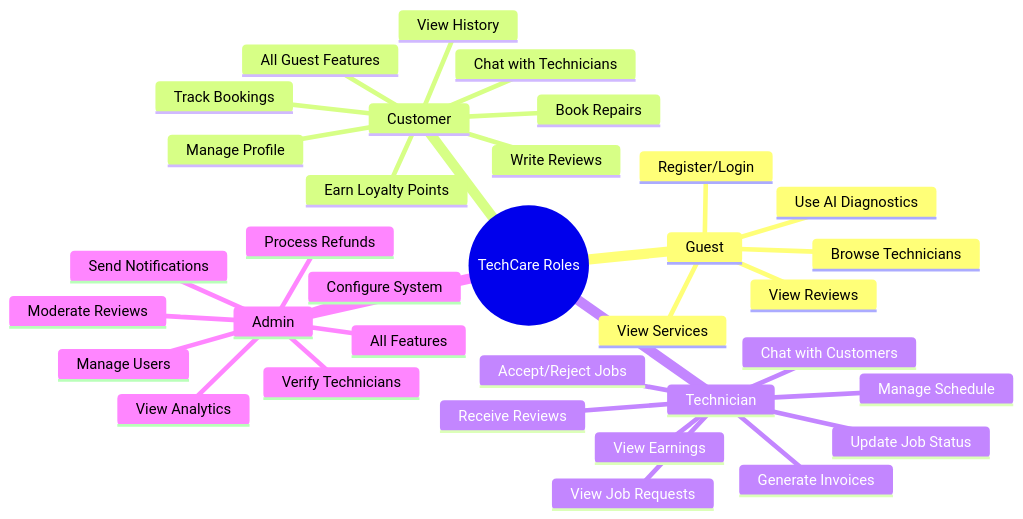
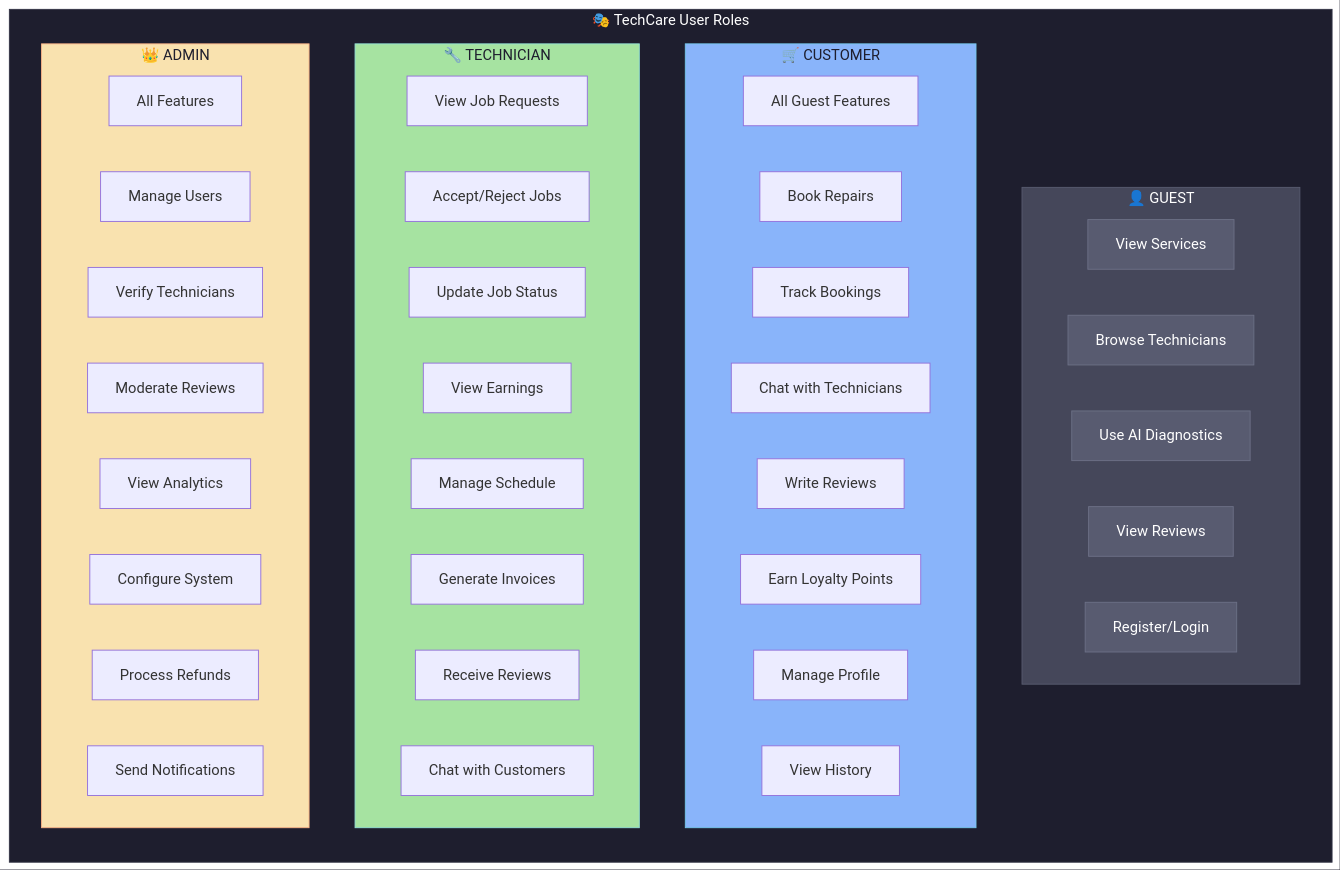
One commit to Irchika774/Tech-Care_official changed the seventh of 11 diagrams in README.md. Above: the diagram before and after it, drawn with Mermaid. The commit also changed other lines of this file, not shown here.

Commit message:
docs: Improve Role-Based Access diagram, fix URLs, enhance footer with author credit and CTA

````diff
--- a/README.md
+++ b/README.md
@@ -378,37 +378,58 @@
 ```mermaid
-mindmap
-  root((TechCare Roles))
-    Guest
-      View Services
-      Browse Technicians
-      Use AI Diagnostics
-      View Reviews
-      Register/Login
-    Customer
-      All Guest Features
-      Book Repairs
-      Track Bookings
-      Chat with Technicians
-      Write Reviews
-      Earn Loyalty Points
-      Manage Profile
-      View History
-    Technician
-      View Job Requests
-      Accept/Reject Jobs
-      Update Job Status
-      View Earnings
-      Manage Schedule
-      Generate Invoices
-      Receive Reviews
-      Chat with Customers
-    Admin
-      All Features
-      Manage Users
-      Verify Technicians
-      Moderate Reviews
-      View Analytics
-      Configure System
-      Process Refunds
-      Send Notifications
+flowchart TB
+    subgraph Roles["🎭 TechCare User Roles"]
+        direction TB
+        
+        subgraph GuestRole["👤 GUEST"]
+            G1["View Services"]
+            G2["Browse Technicians"]
+            G3["Use AI Diagnostics"]
+            G4["View Reviews"]
+            G5["Register/Login"]
+        end
+        
+        subgraph CustomerRole["🛒 CUSTOMER"]
+            C1["All Guest Features"]
+            C2["Book Repairs"]
+            C3["Track Bookings"]
+            C4["Chat with Technicians"]
+            C5["Write Reviews"]
+            C6["Earn Loyalty Points"]
+            C7["Manage Profile"]
+            C8["View History"]
+        end
+        
+        subgraph TechnicianRole["🔧 TECHNICIAN"]
+            T1["View Job Requests"]
+            T2["Accept/Reject Jobs"]
+            T3["Update Job Status"]
+            T4["View Earnings"]
+            T5["Manage Schedule"]
+            T6["Generate Invoices"]
+            T7["Receive Reviews"]
+            T8["Chat with Customers"]
+        end
+        
+        subgraph AdminRole["👑 ADMIN"]
+            A1["All Features"]
+            A2["Manage Users"]
+            A3["Verify Technicians"]
+            A4["Moderate Reviews"]
+            A5["View Analytics"]
+            A6["Configure System"]
+            A7["Process Refunds"]
+            A8["Send Notifications"]
+        end
+    end
+    
+    style Roles fill:#1e1e2e,stroke:#313244,color:#fff
+    style GuestRole fill:#45475a,stroke:#585b70,color:#fff
+    style CustomerRole fill:#89b4fa,stroke:#74c7ec,color:#1e1e2e
+    style TechnicianRole fill:#a6e3a1,stroke:#94e2d5,color:#1e1e2e
+    style AdminRole fill:#f9e2af,stroke:#fab387,color:#1e1e2e
+    style G1 fill:#585b70,stroke:#6c7086,color:#fff
+    style G2 fill:#585b70,stroke:#6c7086,color:#fff
+    style G3 fill:#585b70,stroke:#6c7086,color:#fff
+    style G4 fill:#585b70,stroke:#6c7086,color:#fff
+    style G5 fill:#585b70,stroke:#6c7086,color:#fff
 ```
````
